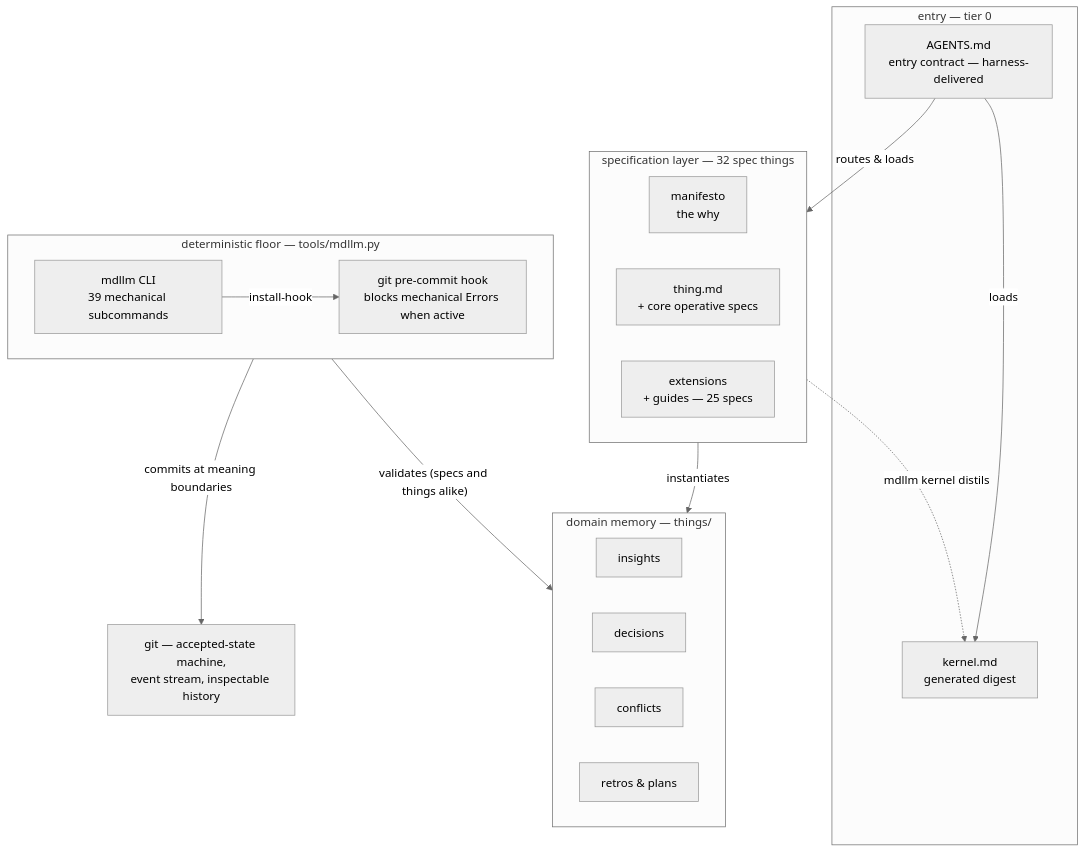
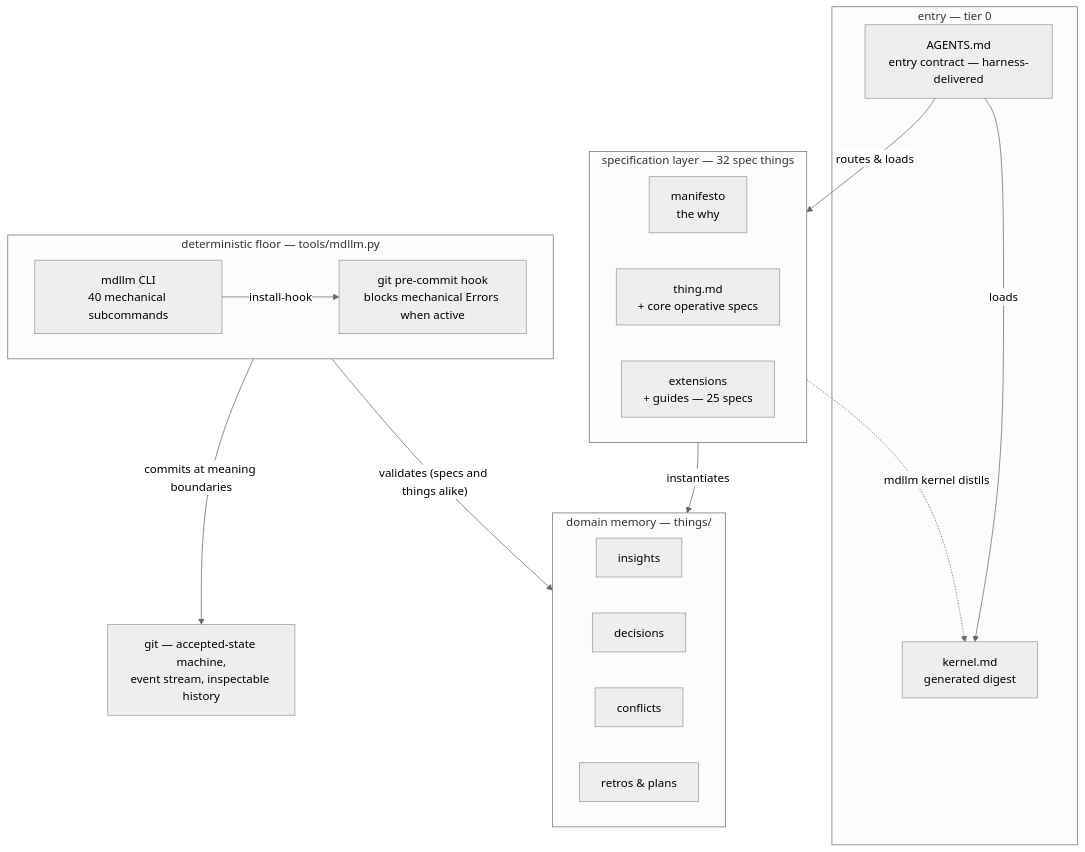
Before and after one commit to JanoshMoshiri/MarkdownLLM: the first of 5 diagrams in docs/framework-map.md, drawn with Mermaid (neutral theme). The commit also changed other lines of this file and 15 other files, not shown here.

````diff
--- a/docs/framework-map.md
+++ b/docs/framework-map.md
@@ -63,49 +63,49 @@
 ```mermaid
 flowchart TD
     accTitle: View 1 - the five bands of the framework, read top-down as a session's life
     accDescr {
         Five stacked bands. The entry band, tier 0, holds AGENTS.md as the
         harness-delivered entry contract and kernel.md as a generated digest. Below
         it the specification layer holds 32 spec things: the manifesto for the
         why, thing.md with the core operative specs, and 25 extension and guide
         specs. Below that, domain memory in the things directory holds insights,
         decisions, conflicts, retrospectives and plans. Below that, the
-        deterministic floor is tools/mdllm.py, providing the mdllm CLI with 39
+        deterministic floor is tools/mdllm.py, providing the mdllm CLI with 40
         mechanical subcommands and a git pre-commit hook that, when current and
         runnable, blocks commits with mechanical Errors. At the base, git is
         the accepted-state machine, event stream and inspectable audit aid.
         The edges run as follows. AGENTS.md loads the kernel and routes
         to the specs. The specs distil back up into the kernel via mdllm
         kernel, which is why that one edge points upward. The specs instantiate
         domain memory. The CLI installs the hook. The floor validates memory,
         specs and things alike, and commits at meaning boundaries into git.
     }
     subgraph entry ["entry — tier 0"]
         AGENTS["AGENTS.md<br/>entry contract — harness-delivered"]
         KERNEL["kernel.md<br/>generated digest"]
     end
     subgraph specs ["specification layer — 32 spec things"]
         MANIFESTO["manifesto<br/>the why"]
         THING["thing.md<br/>+ core operative specs"]
         EXT["extensions<br/>+ guides — 25 specs"]
     end
     subgraph memory ["domain memory — things/"]
         INSIGHTS["insights"]
         DECISIONS["decisions"]
         CONFLICTS["conflicts"]
         RETROS["retros & plans"]
     end
     subgraph floor ["deterministic floor — tools/mdllm.py"]
-        MDLLM["mdllm CLI<br/>39 mechanical subcommands"]
+        MDLLM["mdllm CLI<br/>40 mechanical subcommands"]
         HOOK["git pre-commit hook<br/>blocks mechanical Errors when active"]
     end
     GIT["git — accepted-state machine,<br/>event stream, inspectable history"]
 
     AGENTS -->|loads| KERNEL
     AGENTS -->|routes & loads| specs
     specs -.->|"mdllm kernel distils"| KERNEL
     specs -->|instantiates| memory
     MDLLM -->|install-hook| HOOK
     floor -->|"validates (specs and things alike)"| memory
     floor -->|commits at meaning boundaries| GIT
 ```
````
